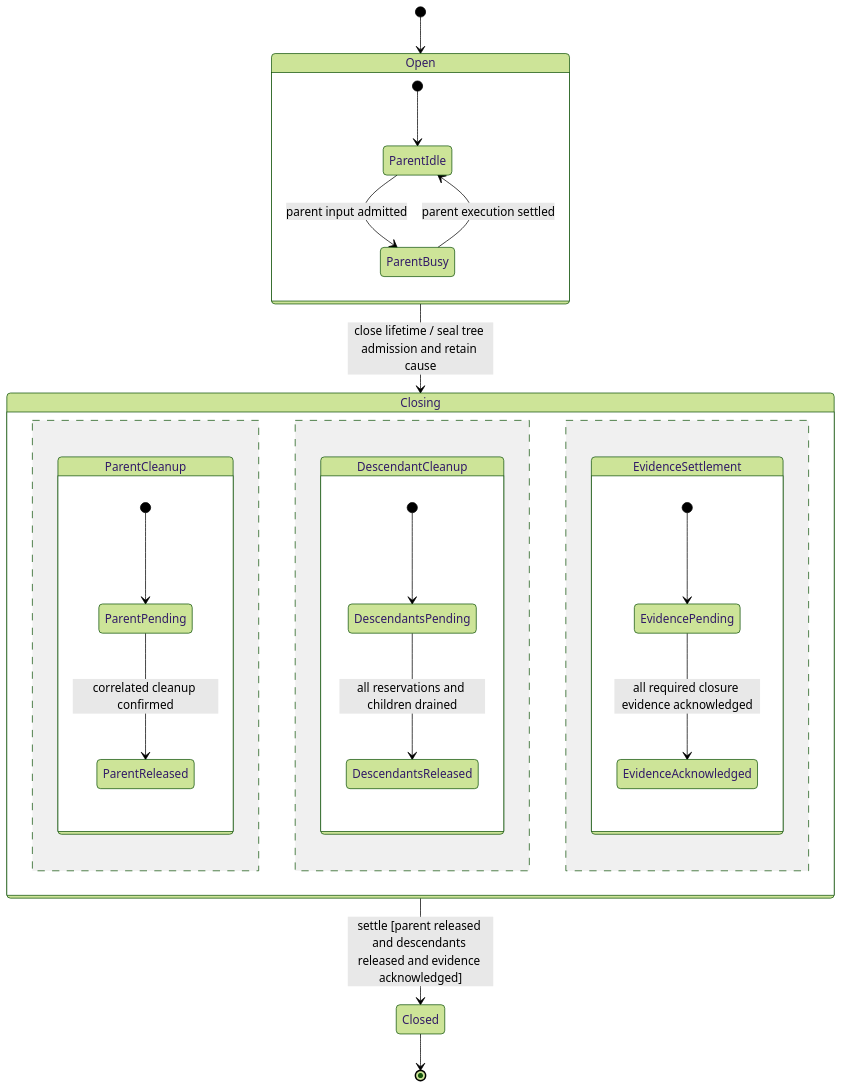
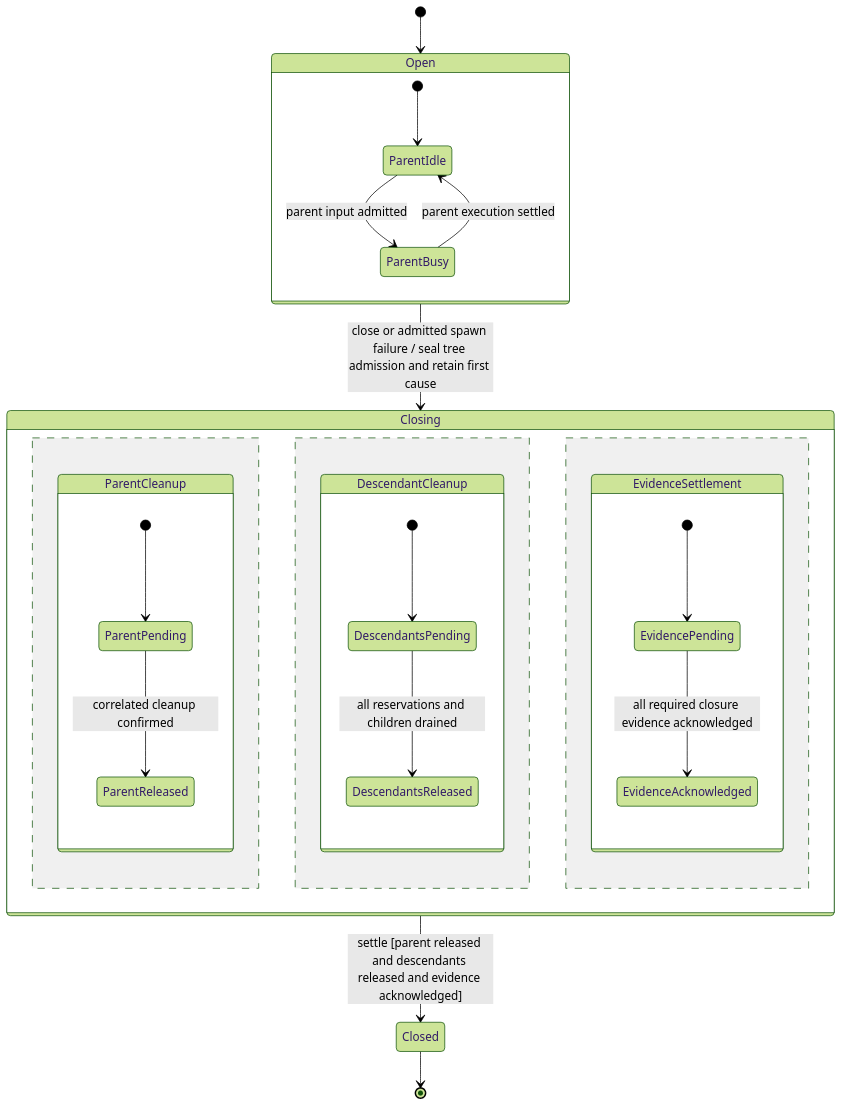
One commit to nessalabs/nessa-agent changed the first of 8 diagrams in docs/adr/todo/329-subagents.md. Above: the diagram before and after it, drawn with Mermaid (forest theme). The commit also changed other lines of this file and 18 other files, not shown here.

````diff
--- a/docs/adr/todo/329-subagents.md
+++ b/docs/adr/todo/329-subagents.md
@@ -268,28 +271,28 @@
 ```mermaid
 stateDiagram-v2
     [*] --> Open
     state Open {
         [*] --> ParentIdle
         ParentIdle --> ParentBusy: parent input admitted
         ParentBusy --> ParentIdle: parent execution settled
     }
-    Open --> Closing: close lifetime / seal tree admission and retain cause
+    Open --> Closing: close or admitted spawn failure / seal tree admission and retain first cause
     state Closing {
         state ParentCleanup {
             [*] --> ParentPending
             ParentPending --> ParentReleased: correlated cleanup confirmed
         }
         --
         state DescendantCleanup {
             [*] --> DescendantsPending
             DescendantsPending --> DescendantsReleased: all reservations and children drained
         }
         --
         state EvidenceSettlement {
             [*] --> EvidencePending
             EvidencePending --> EvidenceAcknowledged: all required closure evidence acknowledged
         }
     }
     Closing --> Closed: settle [parent released and descendants released and evidence acknowledged]
     Closed --> [*]
 ```
````
